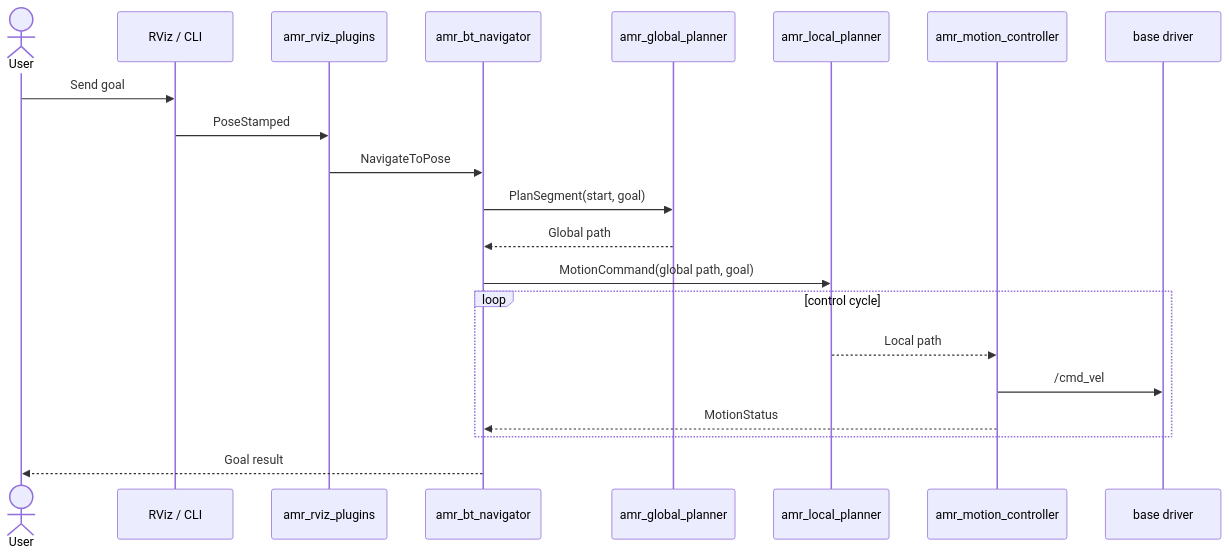
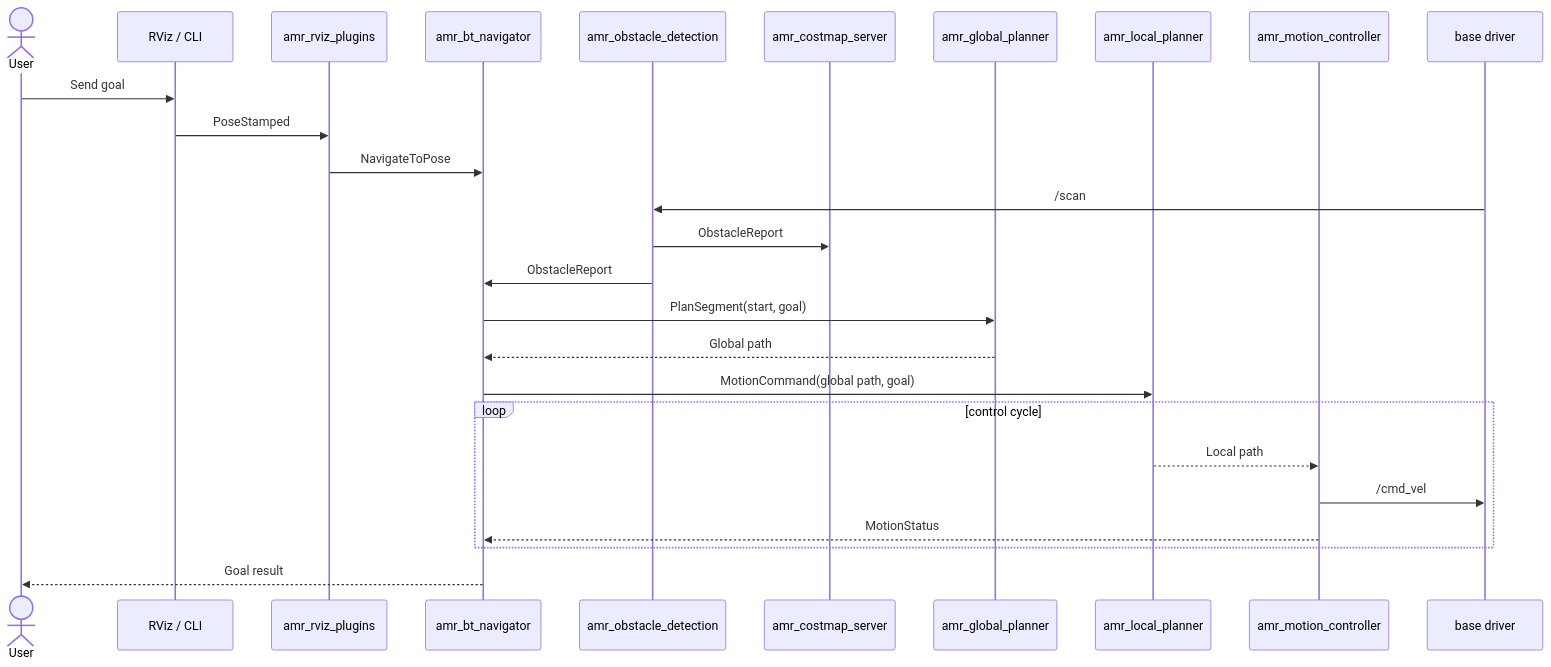
The third of 6 diagrams in README.md (reidlo5135/ros-amr-navigation), drawn with Mermaid before and after one commit. The commit also changed other lines of this file and 33 other files, not shown here.

Commit message:
refactor: introduce obstacle detection and centralized costmap ownership

````diff
--- a/README.md
+++ b/README.md
@@ -146,24 +197,29 @@
 ```mermaid
 sequenceDiagram
     actor User
     participant RViz as RViz / CLI
     participant Bridge as amr_rviz_plugins
     participant Nav as amr_bt_navigator
+    participant Detect as amr_obstacle_detection
+    participant Costmap as amr_costmap_server
     participant Global as amr_global_planner
     participant Local as amr_local_planner
     participant Motion as amr_motion_controller
     participant Base as base driver
 
     User->>RViz: Send goal
     RViz->>Bridge: PoseStamped
     Bridge->>Nav: NavigateToPose
+    Base->>Detect: /scan
+    Detect->>Costmap: ObstacleReport
+    Detect->>Nav: ObstacleReport
     Nav->>Global: PlanSegment(start, goal)
     Global-->>Nav: Global path
     Nav->>Local: MotionCommand(global path, goal)
     loop control cycle
         Local-->>Motion: Local path
         Motion->>Base: /cmd_vel
         Motion-->>Nav: MotionStatus
     end
     Nav-->>User: Goal result
 ```
````
